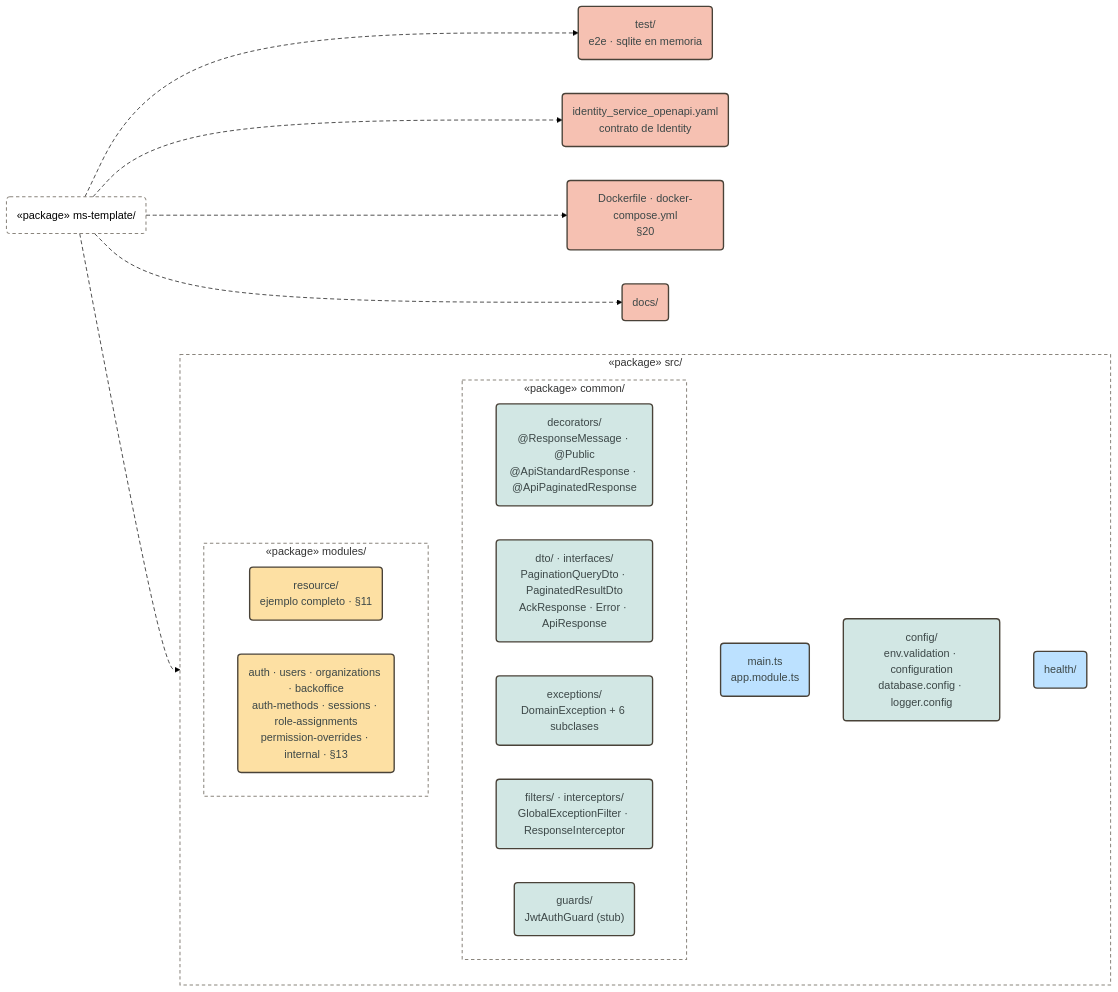
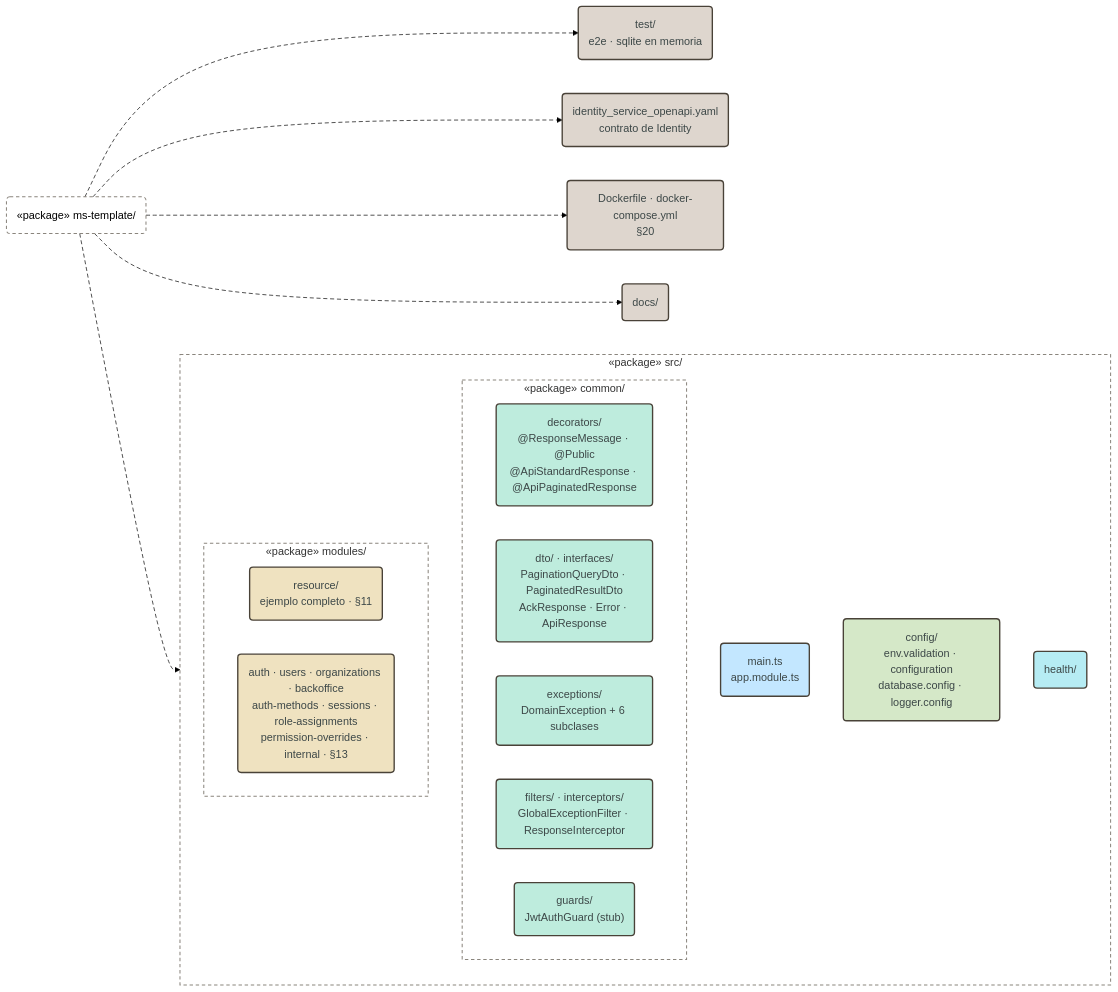
One commit to pcarroza91/nest-template changed the second of 19 diagrams in docs/architecture.md. Above: the diagram before and after it, drawn with Mermaid (forest theme). The commit also changed other lines of this file and 2 other files, not shown here.

First line of the commit message:
docs(architecture): colores por capa y componente en los diagramas Mermaid

````diff
--- a/docs/architecture.md
+++ b/docs/architecture.md
@@ -64,38 +68,42 @@
 ```mermaid
 flowchart LR
     ROOT("«package» ms-template/")
     subgraph SRC["«package» src/"]
         MAINF("main.ts<br/>app.module.ts")
         CFG("config/<br/>env.validation · configuration<br/>database.config · logger.config")
         subgraph COM["«package» common/"]
             CDEC("decorators/<br/>@ResponseMessage · @Public<br/>@ApiStandardResponse · @ApiPaginatedResponse")
             CDTO("dto/ · interfaces/<br/>PaginationQueryDto · PaginatedResultDto<br/>AckResponse · Error · ApiResponse")
             CEXC("exceptions/<br/>DomainException + 6 subclases")
             CFIL("filters/ · interceptors/<br/>GlobalExceptionFilter · ResponseInterceptor")
             CGRD("guards/<br/>JwtAuthGuard (stub)")
         end
         HLT("health/")
         subgraph MODS["«package» modules/"]
             MRES("resource/<br/>ejemplo completo · §11")
             MIDN("auth · users · organizations · backoffice<br/>auth-methods · sessions · role-assignments<br/>permission-overrides · internal · §13")
         end
     end
     TST("test/<br/>e2e · sqlite en memoria")
     OAS("identity_service_openapi.yaml<br/>contrato de Identity")
     DCK("Dockerfile · docker-compose.yml<br/>§20")
     DOCS("docs/")
 
     ROOT --> SRC & TST & OAS & DCK & DOCS
 
-    classDef entry fill:#bce1ff,stroke:#494238,stroke-width:2px,color:#3c4747
-    classDef domain fill:#fde0a3,stroke:#494238,stroke-width:2px,color:#3c4747
-    classDef shared fill:#d2e7e4,stroke:#494238,stroke-width:2px,color:#3c4747
-    classDef ext fill:#f6c1b2,stroke:#494238,stroke-width:2px,color:#3c4747
+    classDef bootstrap fill:#c3e7ff,stroke:#494238,stroke-width:2px,color:#3c4747
+    classDef health fill:#b6ecf3,stroke:#494238,stroke-width:2px,color:#3c4747
+    classDef modules fill:#efe2c0,stroke:#494238,stroke-width:2px,color:#3c4747
+    classDef common fill:#beecdd,stroke:#494238,stroke-width:2px,color:#3c4747
+    classDef config fill:#d5e8c8,stroke:#494238,stroke-width:2px,color:#3c4747
+    classDef infra fill:#ded6ce,stroke:#494238,stroke-width:2px,color:#3c4747
     classDef pkg fill:transparent,stroke:#8a857d,stroke-width:1.5px,stroke-dasharray:5 4
-    class MAINF,HLT entry
-    class MRES,MIDN domain
-    class CFG,CDEC,CDTO,CEXC,CFIL,CGRD shared
-    class TST,OAS,DCK,DOCS ext
+    class MAINF bootstrap
+    class HLT health
+    class MRES,MIDN modules
+    class CDEC,CDTO,CEXC,CFIL,CGRD common
+    class CFG config
+    class TST,OAS,DCK,DOCS infra
     class ROOT,SRC,COM,MODS pkg
     linkStyle default stroke-dasharray:6 4
 ```
````
